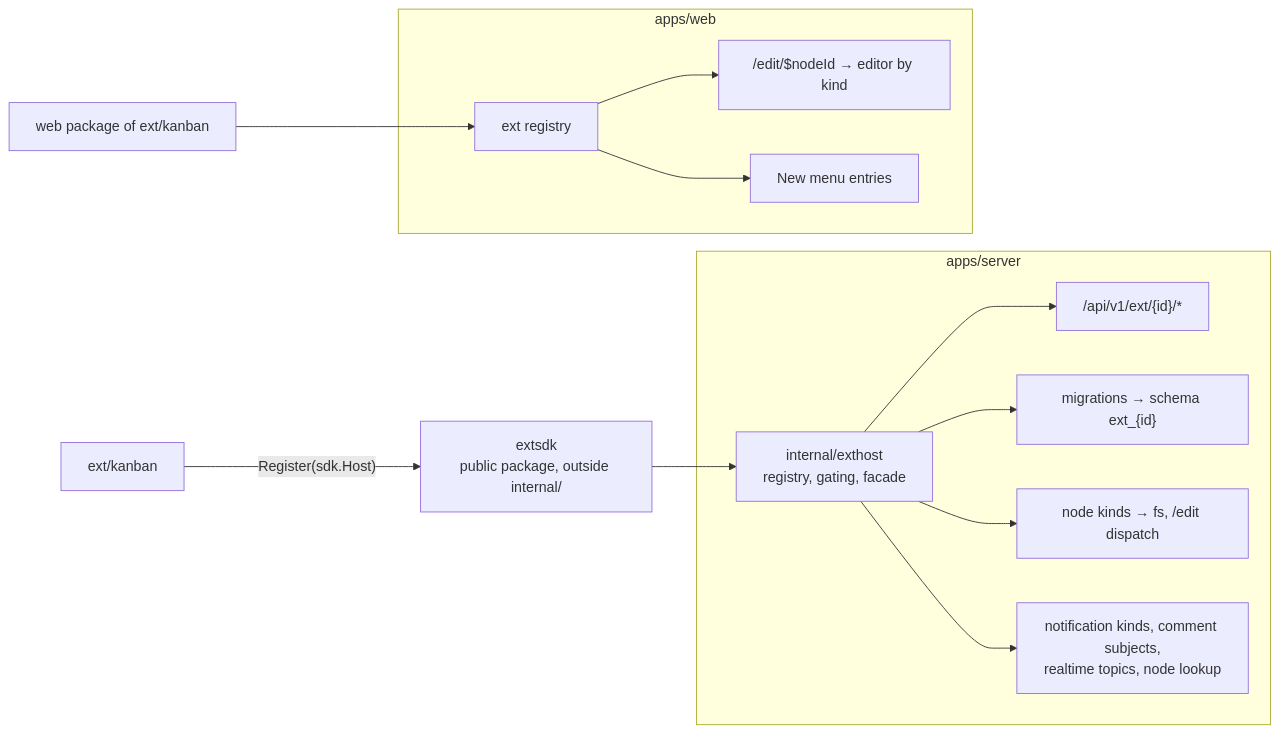
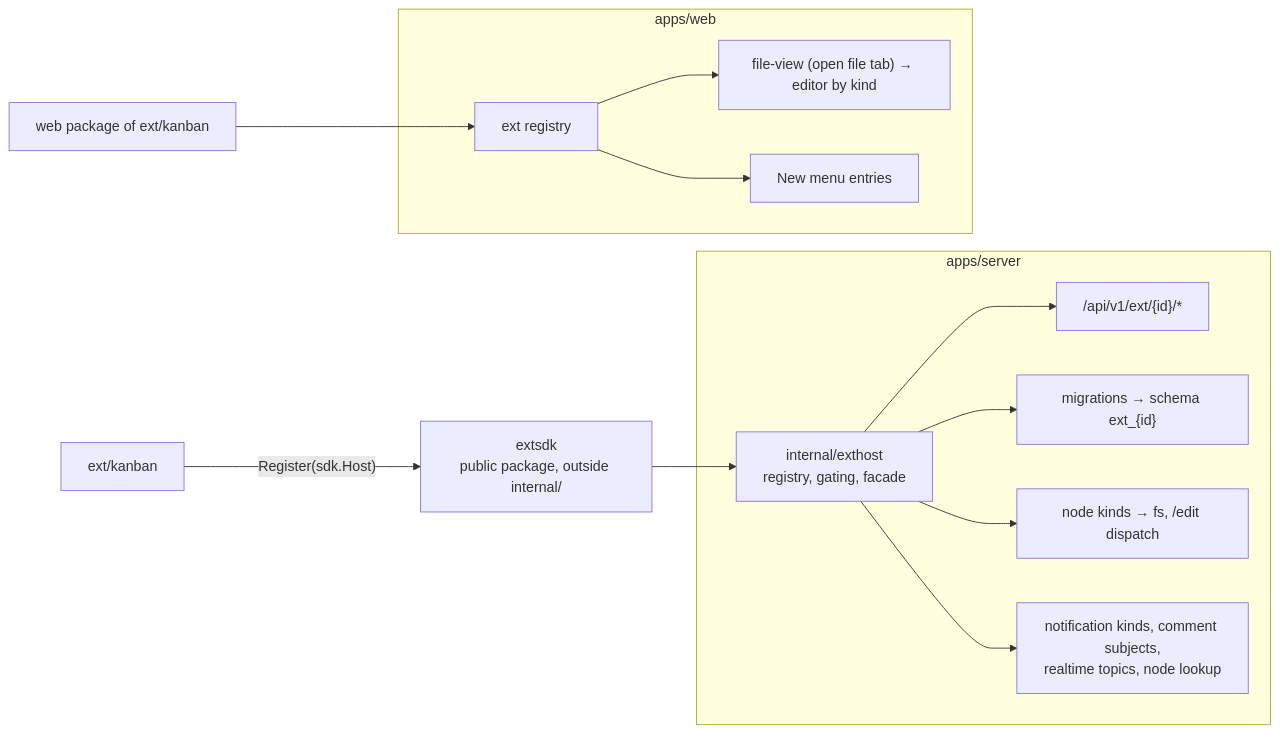
Before and after one commit to pp-techs/pp-hub: the diagram in docs/architecture/extensions.md, drawn with Mermaid. The commit also changed other lines of this file and 47 other files, not shown here.

````diff
--- a/docs/architecture/extensions.md
+++ b/docs/architecture/extensions.md
@@ -38,16 +38,16 @@
 ```mermaid
 flowchart LR
   subgraph Core[apps/server]
     Host[internal/exthost<br/>registry, gating, facade] --> API["/api/v1/ext/{id}/*"]
     Host --> MIG["migrations → schema ext_{id}"]
     Host --> NK[node kinds → fs, /edit dispatch]
     Host --> HK[notification kinds, comment subjects,<br/>realtime topics, node lookup]
   end
   SDK[extsdk<br/>public package, outside internal/] --> Host
   K[ext/kanban] -- "Register(sdk.Host)" --> SDK
   subgraph Web[apps/web]
-    WH[ext registry] --> ED["/edit/$nodeId → editor by kind"]
+    WH[ext registry] --> ED["file-view (open file tab) → editor by kind"]
     WH --> NEW[New menu entries]
   end
   KW[web package of ext/kanban] --> WH
 ```
````
